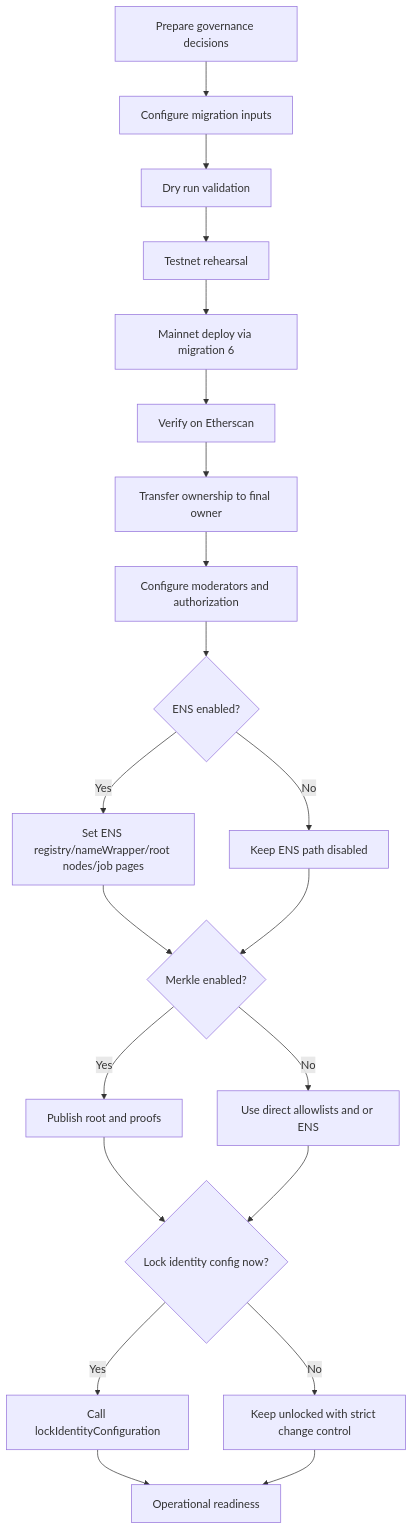
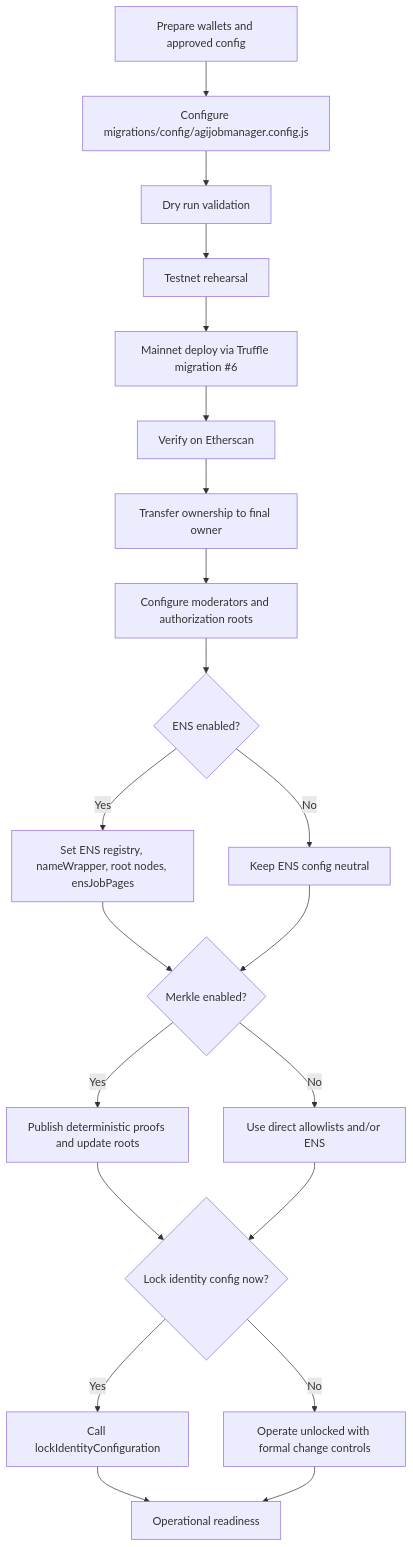
The first of 4 diagrams in docs/DEPLOYMENT/OWNER_MAINNET_DEPLOYMENT_AND_OPERATIONS_GUIDE.md (MontrealAI/AGIJobManager), drawn with Mermaid before and after one commit. The commit also changed other lines of this file and 1 other file, not shown here.

Commit message:
docs: refresh owner mainnet deployment and operations guide

````diff
--- a/docs/DEPLOYMENT/OWNER_MAINNET_DEPLOYMENT_AND_OPERATIONS_GUIDE.md
+++ b/docs/DEPLOYMENT/OWNER_MAINNET_DEPLOYMENT_AND_OPERATIONS_GUIDE.md
@@ -93,23 +122,23 @@
 ```mermaid
 flowchart TD
-  A[Prepare governance decisions] --> B[Configure migration inputs]
-  B --> C[Dry run validation]
-  C --> D[Testnet rehearsal]
-  D --> E[Mainnet deploy via migration 6]
-  E --> F[Verify on Etherscan]
-  F --> G[Transfer ownership to final owner]
-  G --> H[Configure moderators and authorization]
-  H --> I{ENS enabled?}
-  I -->|Yes| I1[Set ENS registry/nameWrapper/root nodes/job pages]
-  I -->|No| I2[Keep ENS path disabled]
-  I1 --> J{Merkle enabled?}
-  I2 --> J
-  J -->|Yes| J1[Publish root and proofs]
-  J -->|No| J2[Use direct allowlists and or ENS]
-  J1 --> K{Lock identity config now?}
-  J2 --> K
-  K -->|Yes| K1[Call lockIdentityConfiguration]
-  K -->|No| K2[Keep unlocked with strict change control]
-  K1 --> L[Operational readiness]
-  K2 --> L
+    A[Prepare wallets and approved config] --> B[Configure migrations/config/agijobmanager.config.js]
+    B --> C[Dry run validation]
+    C --> D[Testnet rehearsal]
+    D --> E[Mainnet deploy via Truffle migration #6]
+    E --> F[Verify on Etherscan]
+    F --> G[Transfer ownership to final owner]
+    G --> H[Configure moderators and authorization roots]
+    H --> I{ENS enabled?}
+    I -->|Yes| I1[Set ENS registry, nameWrapper, root nodes, ensJobPages]
+    I -->|No| I2[Keep ENS config neutral]
+    I1 --> J{Merkle enabled?}
+    I2 --> J
+    J -->|Yes| J1[Publish deterministic proofs and update roots]
+    J -->|No| J2[Use direct allowlists and/or ENS]
+    J1 --> K{Lock identity config now?}
+    J2 --> K
+    K -->|Yes| K1[Call lockIdentityConfiguration]
+    K -->|No| K2[Operate unlocked with formal change controls]
+    K1 --> L[Operational readiness]
+    K2 --> L
 ```
````
